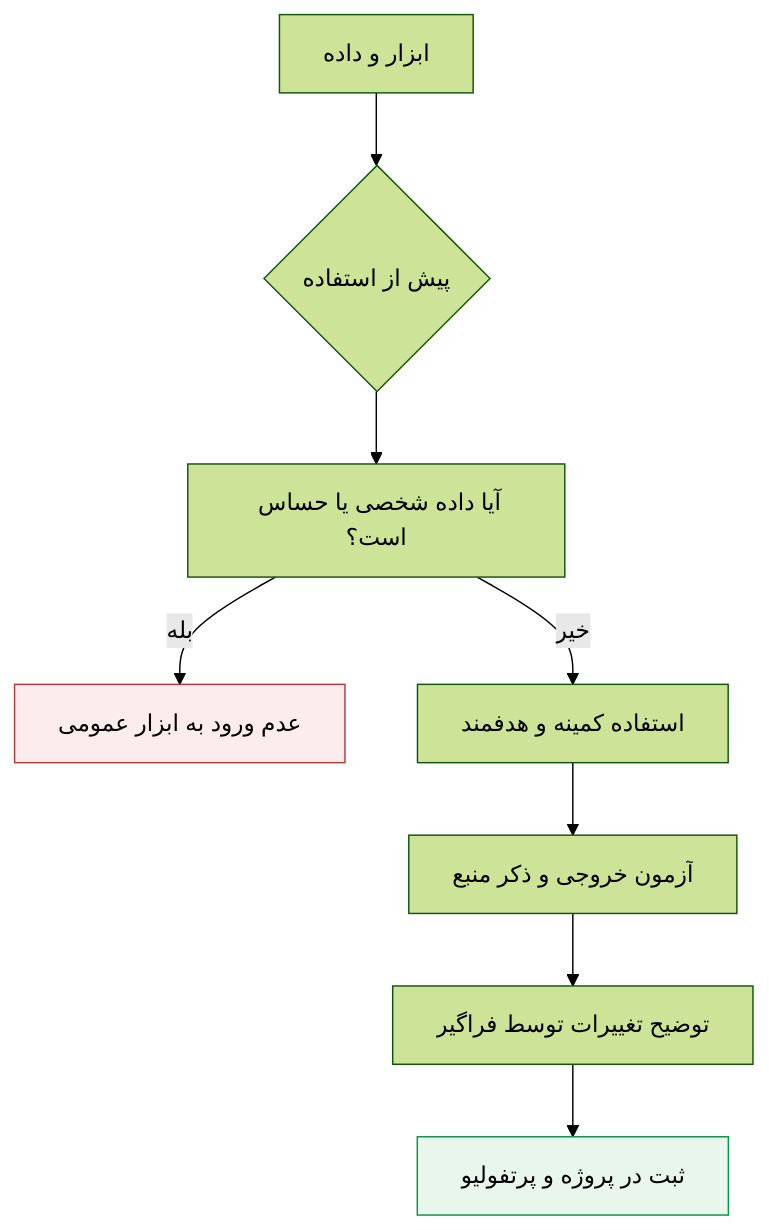
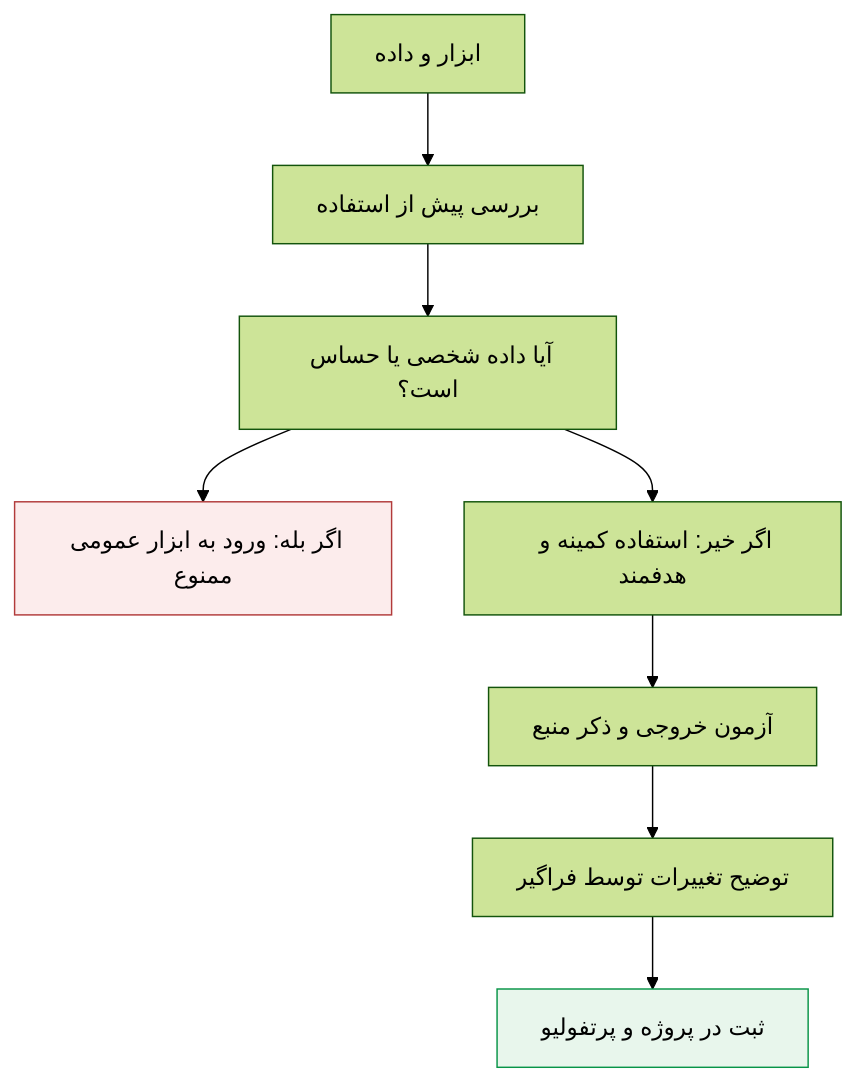
One commit to hadisadoghiyazdi1971/hadisadoghiyazdi1971.github.io changed the sixth of 8 diagrams in presentation/EmkanAI.md. Above: the diagram before and after it, drawn with Mermaid (forest theme). The commit also changed other lines of this file, not shown here.

````diff
--- a/presentation/EmkanAI.md
+++ b/presentation/EmkanAI.md
@@ -384,13 +386,13 @@
 ```mermaid
-flowchart TB
-    A[ابزار و داده] --> B{پیش از استفاده}
-    B --> C[آیا داده شخصی یا حساس است؟]
-    C -->|بله| D[عدم ورود به ابزار عمومی]
-    C -->|خیر| E[استفاده کمینه و هدفمند]
-    E --> F[آزمون خروجی و ذکر منبع]
-    F --> G[توضیح تغییرات توسط فراگیر]
-    G --> H[ثبت در پروژه و پرتفولیو]
+graph TB;
+    A["ابزار و داده"] --> B["بررسی پیش از استفاده"];
+    B --> C["آیا داده شخصی یا حساس است؟"];
+    C --> D["اگر بله: ورود به ابزار عمومی ممنوع"];
+    C --> E["اگر خیر: استفاده کمینه و هدفمند"];
+    E --> F["آزمون خروجی و ذکر منبع"];
+    F --> G["توضیح تغییرات توسط فراگیر"];
+    G --> H["ثبت در پروژه و پرتفولیو"];
 
-    style D fill:#FCECEC,stroke:#B23B3B
-    style H fill:#E8F6EC,stroke:#079447
+    style D fill:#FCECEC,stroke:#B23B3B;
+    style H fill:#E8F6EC,stroke:#079447;
 ```
````
